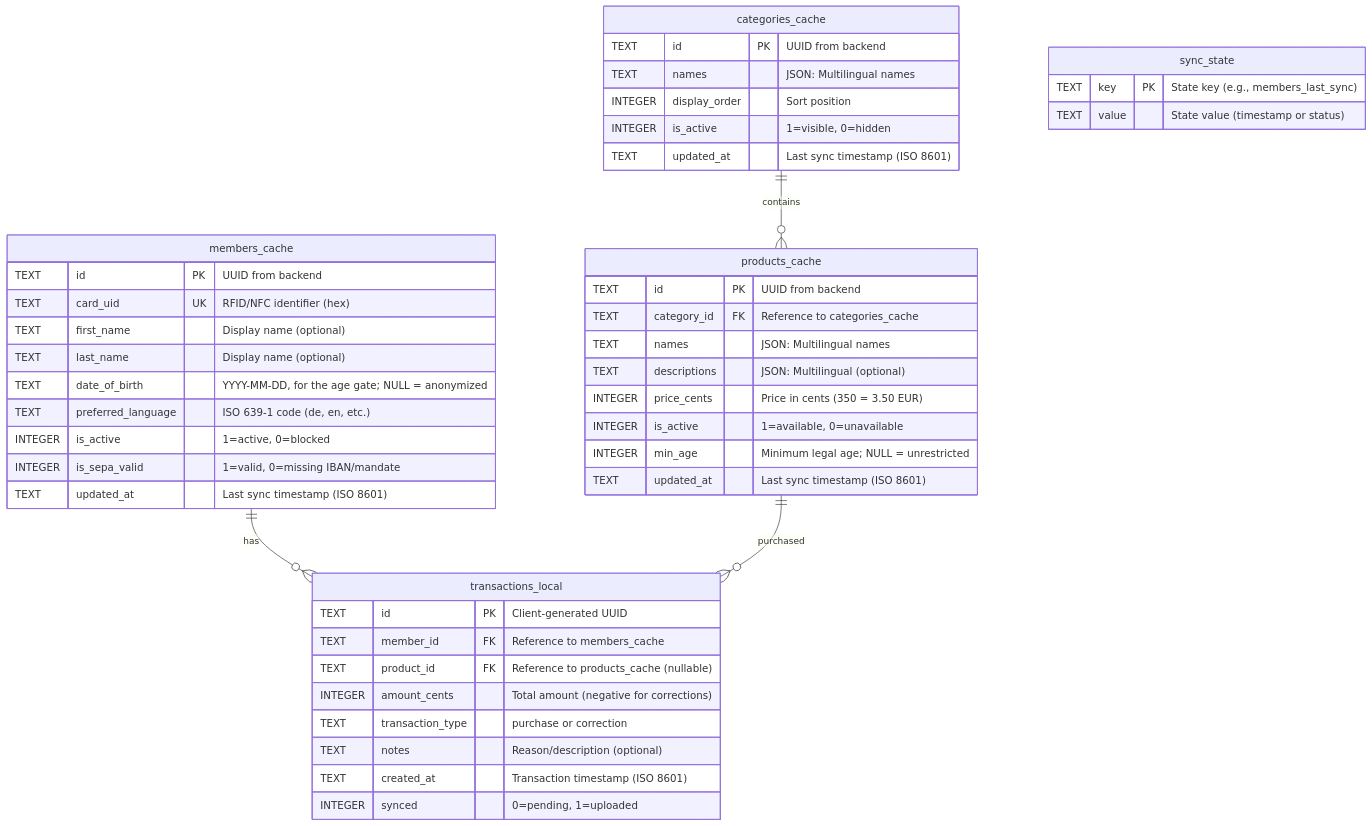
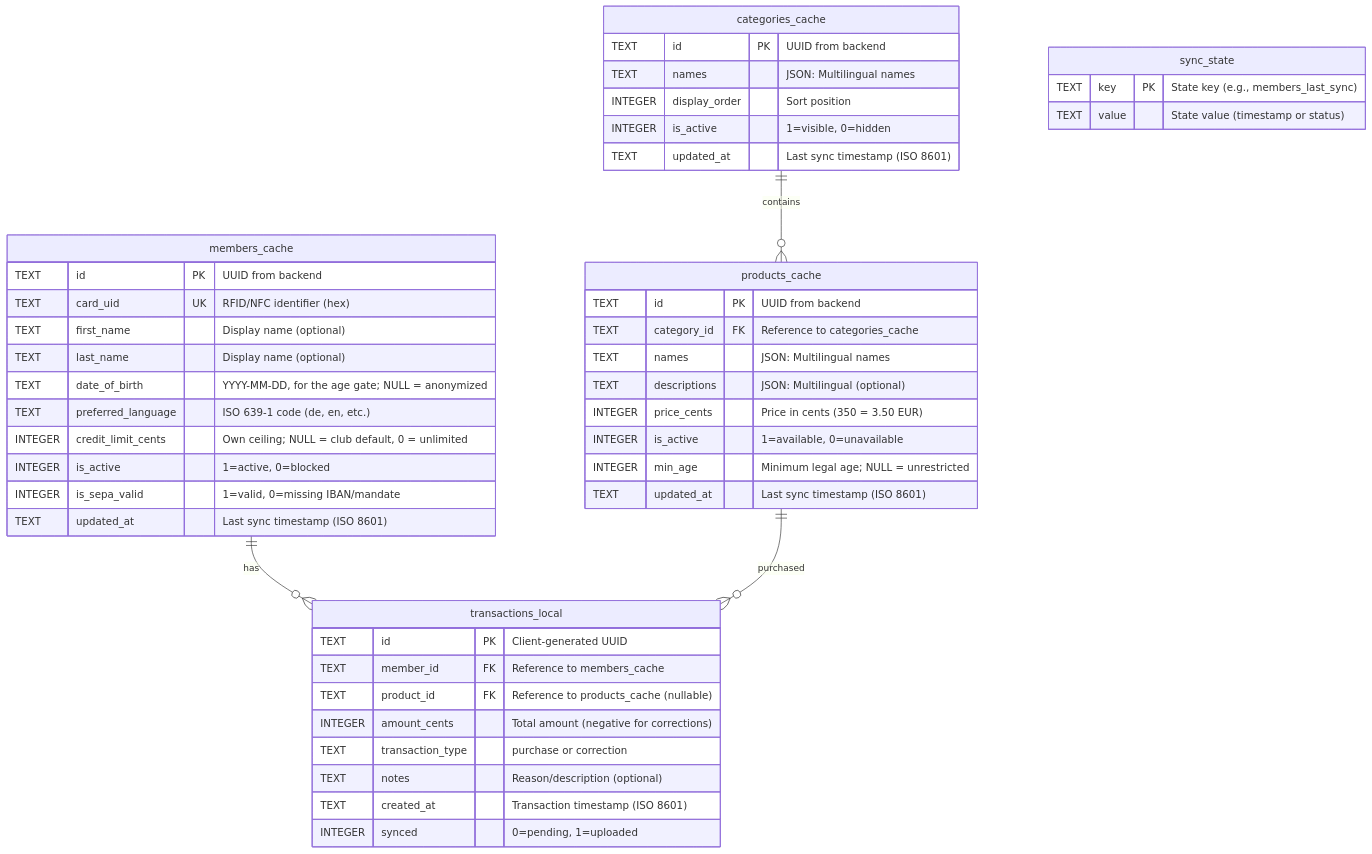
One commit to dgloeckner/clubbar changed the first of 3 diagrams in docs/erm-frontend.md. Above: the diagram before and after it, drawn with Mermaid. The commit also changed other lines of this file and 107 other files, not shown here.

First line of the commit message:
Per-member credit limits: a club default, a per-member override (epic #555, ADR-0047) (#678)

````diff
--- a/docs/erm-frontend.md
+++ b/docs/erm-frontend.md
@@ -23,53 +23,54 @@
 ```mermaid
 erDiagram
     members_cache {
         TEXT id PK "UUID from backend"
         TEXT card_uid UK "RFID/NFC identifier (hex)"
         TEXT first_name "Display name (optional)"
         TEXT last_name "Display name (optional)"
         TEXT date_of_birth "YYYY-MM-DD, for the age gate; NULL = anonymized"
         TEXT preferred_language "ISO 639-1 code (de, en, etc.)"
+        INTEGER credit_limit_cents "Own ceiling; NULL = club default, 0 = unlimited"
         INTEGER is_active "1=active, 0=blocked"
         INTEGER is_sepa_valid "1=valid, 0=missing IBAN/mandate"
         TEXT updated_at "Last sync timestamp (ISO 8601)"
     }
 
     categories_cache {
         TEXT id PK "UUID from backend"
         TEXT names "JSON: Multilingual names"
         INTEGER display_order "Sort position"
         INTEGER is_active "1=visible, 0=hidden"
         TEXT updated_at "Last sync timestamp (ISO 8601)"
     }
 
     products_cache {
         TEXT id PK "UUID from backend"
         TEXT category_id FK "Reference to categories_cache"
         TEXT names "JSON: Multilingual names"
         TEXT descriptions "JSON: Multilingual (optional)"
         INTEGER price_cents "Price in cents (350 = 3.50 EUR)"
         INTEGER is_active "1=available, 0=unavailable"
         INTEGER min_age "Minimum legal age; NULL = unrestricted"
         TEXT updated_at "Last sync timestamp (ISO 8601)"
     }
 
     transactions_local {
         TEXT id PK "Client-generated UUID"
         TEXT member_id FK "Reference to members_cache"
         TEXT product_id FK "Reference to products_cache (nullable)"
         INTEGER amount_cents "Total amount (negative for corrections)"
         TEXT transaction_type "purchase or correction"
         TEXT notes "Reason/description (optional)"
         TEXT created_at "Transaction timestamp (ISO 8601)"
         INTEGER synced "0=pending, 1=uploaded"
     }
 
     sync_state {
         TEXT key PK "State key (e.g., members_last_sync)"
         TEXT value "State value (timestamp or status)"
     }
 
     categories_cache ||--o{ products_cache : "contains"
     members_cache ||--o{ transactions_local : "has"
     products_cache ||--o{ transactions_local : "purchased"
 ```
````
